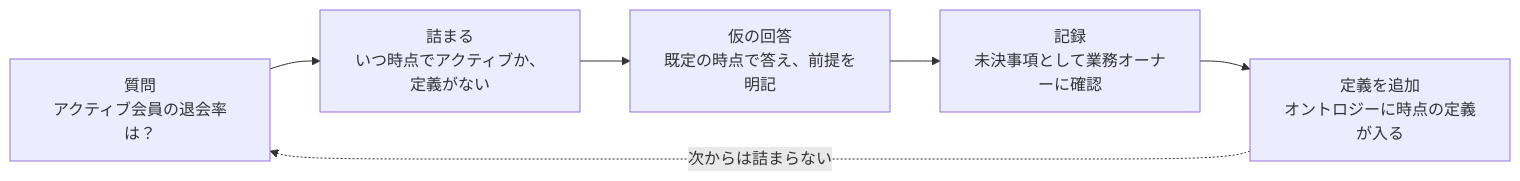
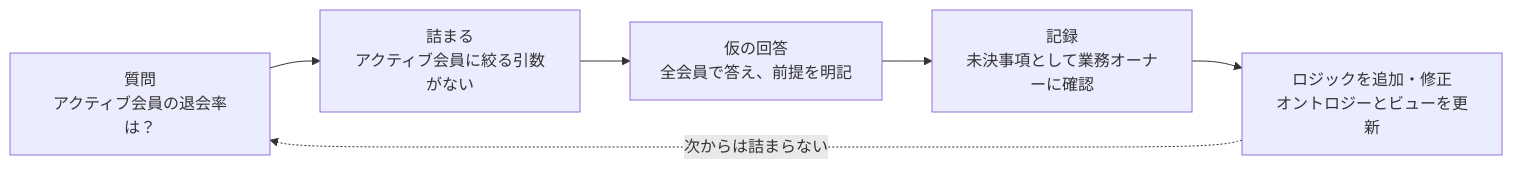
Before and after one commit to keito118/ai-ready-requirements: the second of 2 diagrams in framework/ja/07_ai-processing-flow.md, drawn with Mermaid. The commit also changed other lines of this file and 16 other files, not shown here.

````diff
--- a/framework/ja/07_ai-processing-flow.md
+++ b/framework/ja/07_ai-processing-flow.md
@@ -54,8 +60,8 @@
 ```mermaid
 flowchart LR
-  Q[質問<br/>アクティブ会員の退会率は？] --> X[詰まる<br/>いつ時点でアクティブか、定義がない]
-  X --> T[仮の回答<br/>既定の時点で答え、前提を明記]
+  Q[質問<br/>アクティブ会員の退会率は？] --> X[詰まる<br/>アクティブ会員に絞る引数がない]
+  X --> T[仮の回答<br/>全会員で答え、前提を明記]
   T --> R[記録<br/>未決事項として業務オーナーに確認]
-  R --> F[定義を追加<br/>オントロジーに時点の定義が入る]
+  R --> F[ロジックを追加・修正<br/>オントロジーとビューを更新]
   F -. 次からは詰まらない .-> Q
 ```
````
